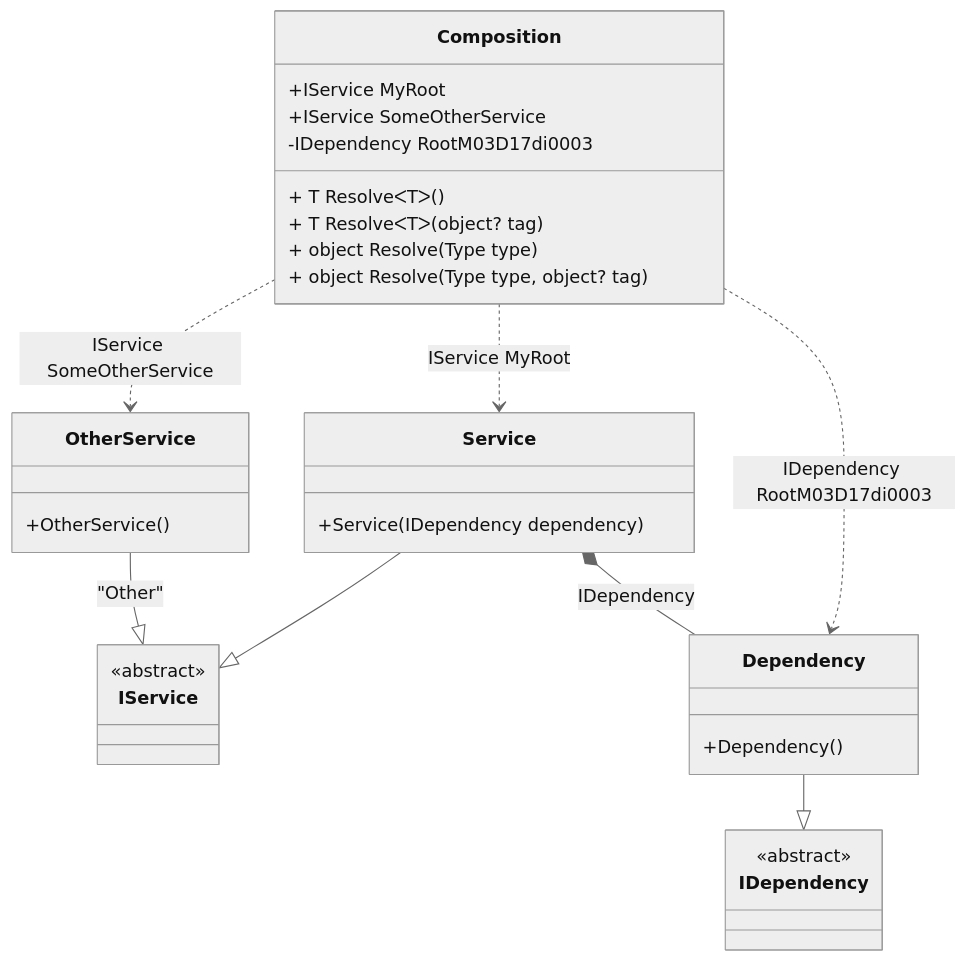
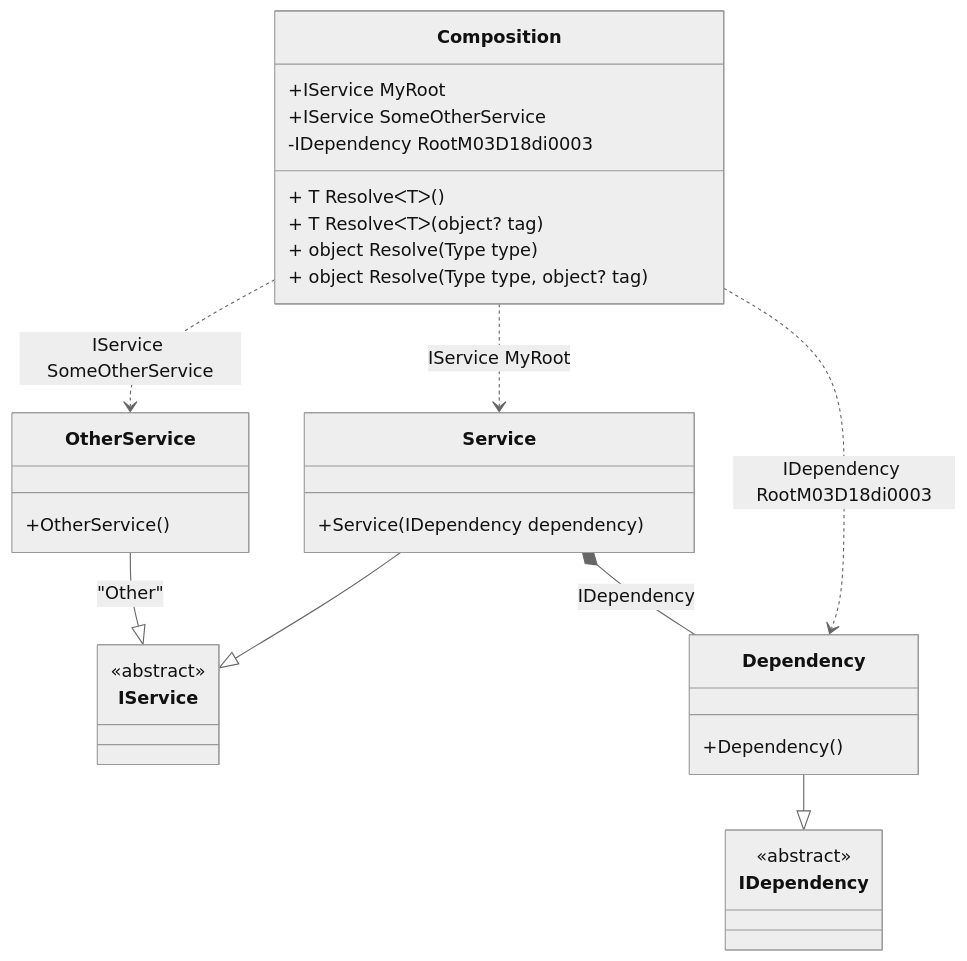
Before and after one commit to DevTeam/Pure.DI: the diagram in readme/composition-roots.md, drawn with Mermaid (neutral theme). The commit also changed other lines of this file and 89 other files, not shown here.

````diff
--- a/readme/composition-roots.md
+++ b/readme/composition-roots.md
@@ -69,34 +69,34 @@
 ```mermaid
 classDiagram
   class Composition {
     +IService MyRoot
     +IService SomeOtherService
-    -IDependency RootM03D17di0003
+    -IDependency RootM03D18di0003
     + T ResolveᐸTᐳ()
     + T ResolveᐸTᐳ(object? tag)
     + object Resolve(Type type)
     + object Resolve(Type type, object? tag)
   }
   Service --|> IService : 
   class Service {
     +Service(IDependency dependency)
   }
   OtherService --|> IService : "Other" 
   class OtherService {
     +OtherService()
   }
   Dependency --|> IDependency : 
   class Dependency {
     +Dependency()
   }
   class IService {
     <<abstract>>
   }
   class IDependency {
     <<abstract>>
   }
   Service *--  Dependency : IDependency
   Composition ..> OtherService : IService SomeOtherService
   Composition ..> Service : IService MyRoot
-  Composition ..> Dependency : IDependency RootM03D17di0003
+  Composition ..> Dependency : IDependency RootM03D18di0003
 ```
````
